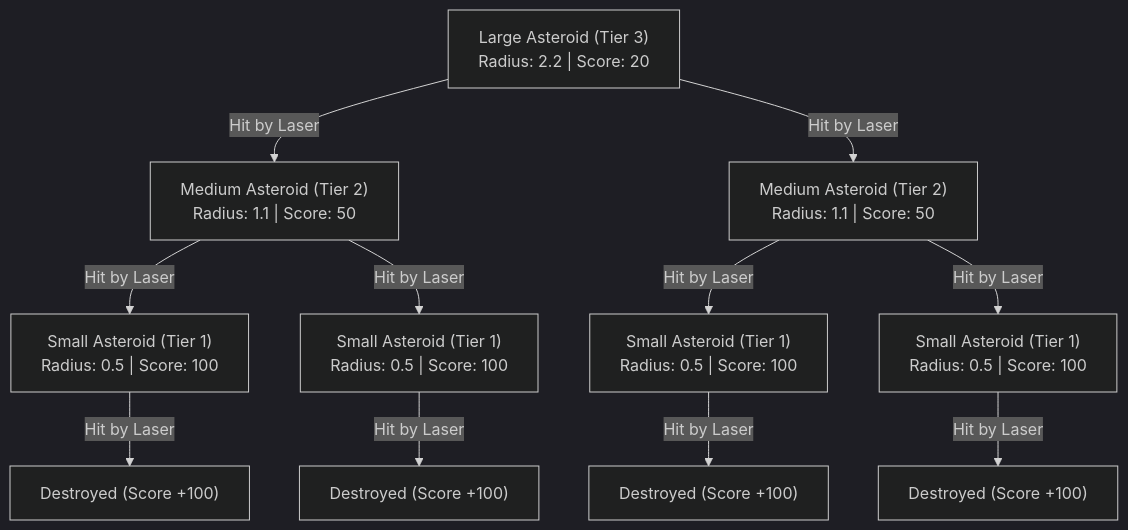
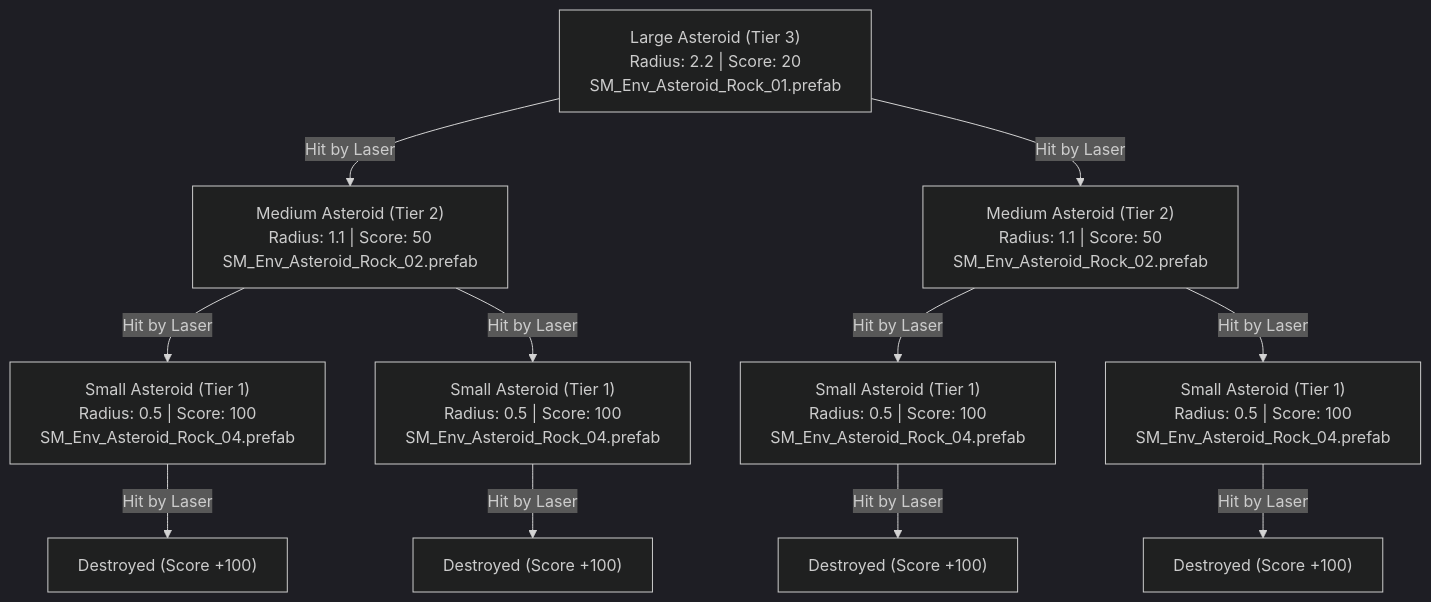
One commit to DennisFederico/unity.ai.asteroids.wip changed the fourth of 4 diagrams in plans/IMPLEMENTATION_PLAN.md. Above: the diagram before and after it, drawn with Mermaid (dark theme). The commit also changed other lines of this file and 33 other files, not shown here.

````diff
--- a/plans/IMPLEMENTATION_PLAN.md
+++ b/plans/IMPLEMENTATION_PLAN.md
@@ -273,13 +357,13 @@
 ```mermaid
 graph TD
-    A["Large Asteroid (Tier 3)<br/>Radius: 2.2 | Score: 20"] -->|Hit by Laser| B1["Medium Asteroid (Tier 2)<br/>Radius: 1.1 | Score: 50"]
-    A -->|Hit by Laser| B2["Medium Asteroid (Tier 2)<br/>Radius: 1.1 | Score: 50"]
-    B1 -->|Hit by Laser| C1["Small Asteroid (Tier 1)<br/>Radius: 0.5 | Score: 100"]
-    B1 -->|Hit by Laser| C2["Small Asteroid (Tier 1)<br/>Radius: 0.5 | Score: 100"]
-    B2 -->|Hit by Laser| C3["Small Asteroid (Tier 1)<br/>Radius: 0.5 | Score: 100"]
-    B2 -->|Hit by Laser| C4["Small Asteroid (Tier 1)<br/>Radius: 0.5 | Score: 100"]
+    A["Large Asteroid (Tier 3)<br/>Radius: 2.2 | Score: 20<br/>SM_Env_Asteroid_Rock_01.prefab"] -->|Hit by Laser| B1["Medium Asteroid (Tier 2)<br/>Radius: 1.1 | Score: 50<br/>SM_Env_Asteroid_Rock_02.prefab"]
+    A -->|Hit by Laser| B2["Medium Asteroid (Tier 2)<br/>Radius: 1.1 | Score: 50<br/>SM_Env_Asteroid_Rock_02.prefab"]
+    B1 -->|Hit by Laser| C1["Small Asteroid (Tier 1)<br/>Radius: 0.5 | Score: 100<br/>SM_Env_Asteroid_Rock_04.prefab"]
+    B1 -->|Hit by Laser| C2["Small Asteroid (Tier 1)<br/>Radius: 0.5 | Score: 100<br/>SM_Env_Asteroid_Rock_04.prefab"]
+    B2 -->|Hit by Laser| C3["Small Asteroid (Tier 1)<br/>Radius: 0.5 | Score: 100<br/>SM_Env_Asteroid_Rock_04.prefab"]
+    B2 -->|Hit by Laser| C4["Small Asteroid (Tier 1)<br/>Radius: 0.5 | Score: 100<br/>SM_Env_Asteroid_Rock_04.prefab"]
     C1 -->|Hit by Laser| D1["Destroyed (Score +100)"]
     C2 -->|Hit by Laser| D2["Destroyed (Score +100)"]
     C3 -->|Hit by Laser| D3["Destroyed (Score +100)"]
     C4 -->|Hit by Laser| D4["Destroyed (Score +100)"]
 ```
````
